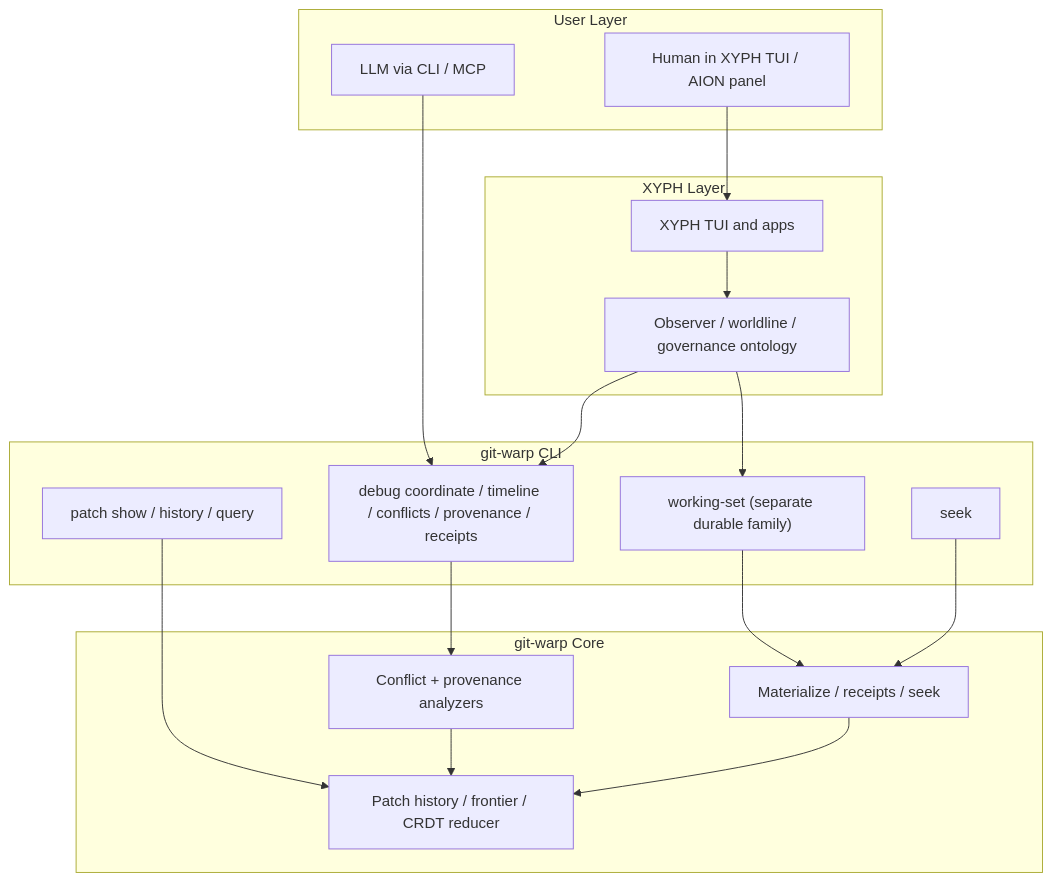
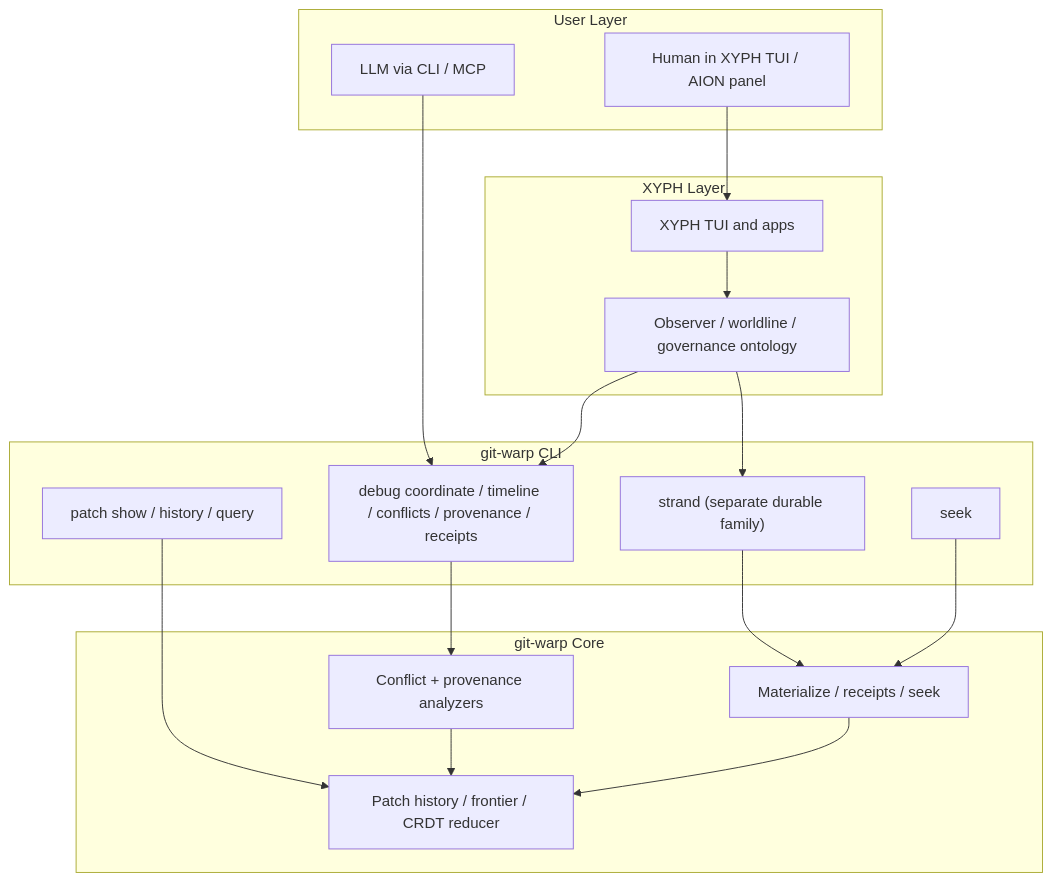
The diagram in docs/TTD.md (git-stunts/git-warp), drawn with Mermaid before and after one commit. The commit also changed other lines of this file and 65 other files, not shown here.

Commit message:
feat!: rename WorkingSet public APIs to Strand

````diff
--- a/docs/TTD.md
+++ b/docs/TTD.md
@@ -40,37 +40,37 @@
 ```mermaid
 flowchart TB
     subgraph user["User Layer"]
         human["Human in XYPH TUI / AION panel"]
         agent["LLM via CLI / MCP"]
     end
 
     subgraph xyph["XYPH Layer"]
         xyphui["XYPH TUI and apps"]
         xyphdomain["Observer / worldline / governance ontology"]
     end
 
     subgraph cli["git-warp CLI"]
         seek["seek"]
         debug["debug coordinate / timeline / conflicts / provenance / receipts"]
-        ws["working-set (separate durable family)"]
+        ws["strand (separate durable family)"]
         raw["patch show / history / query"]
     end
 
     subgraph core["git-warp Core"]
         analyzers["Conflict + provenance analyzers"]
         materialize["Materialize / receipts / seek"]
         substrate["Patch history / frontier / CRDT reducer"]
     end
 
     human --> xyphui
     agent --> debug
     xyphui --> xyphdomain
     xyphdomain --> debug
     debug --> analyzers
     xyphdomain --> ws
     ws --> materialize
     seek --> materialize
     raw --> substrate
     analyzers --> substrate
     materialize --> substrate
 ```
````
